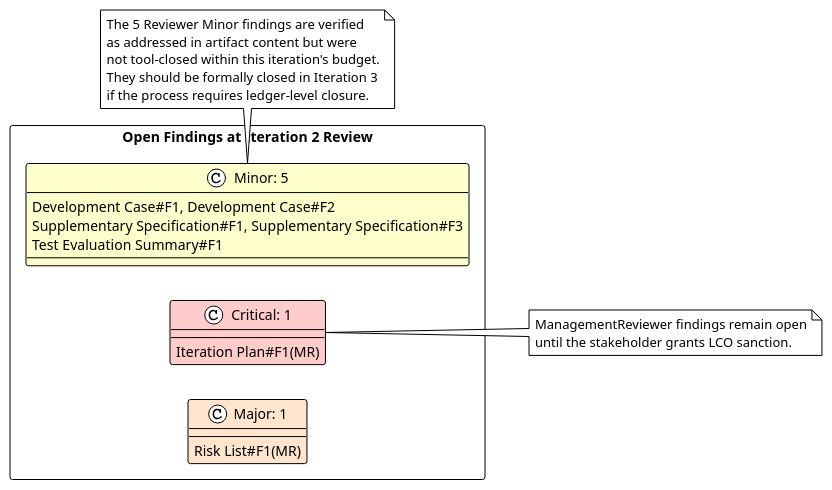
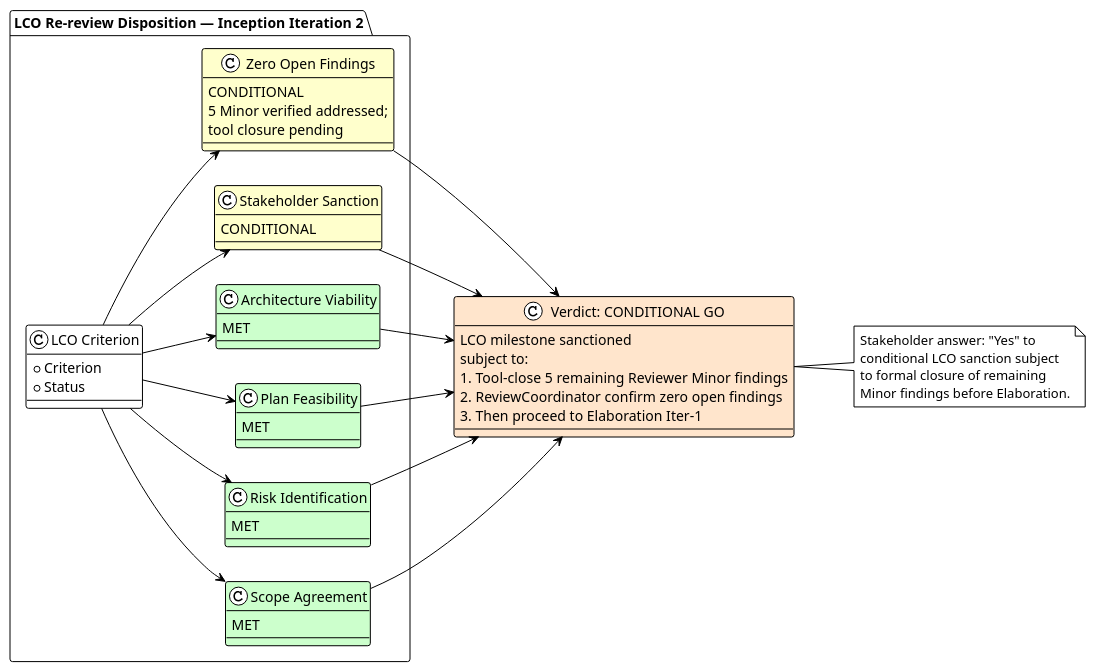
Before and after one commit to banense-test/portal: the fourth of 5 diagrams in docs/artifacts/project-management/review-record.md, drawn with PlantUML. The commit also changed other lines of this file, not shown here.

First line of the commit message:
Management Reviewer [I2]: upsert Review Record

````diff
--- a/docs/artifacts/project-management/review-record.md
+++ b/docs/artifacts/project-management/review-record.md
@@ -152,31 +234,62 @@
 ```plantuml
-@startuml Open_Findings_at_Iter2_Review
+@startuml LCO_Final_Disposition_Iter2
 !theme plain
 left to right direction
 
-rectangle "Open Findings at Iteration 2 Review" {
-  class "Critical: 1" as CRIT #FFCCCC
-  class "Major: 1" as MAJOR #FFE5CC
-  class "Minor: 5" as MINOR #FFFFCC
+package "LCO Re-review Disposition — Inception Iteration 2" {
+  class "LCO Criterion" as CRIT {
+    + Criterion
+    + Status
+  }
+  class "Scope Agreement" as SCOPE #CCFFCC {
+    MET
+  }
+  class "Risk Identification" as RISK #CCFFCC {
+    MET
+  }
+  class "Plan Feasibility" as PLAN #CCFFCC {
+    MET
+  }
+  class "Architecture Viability" as ARCH #CCFFCC {
+    MET
+  }
+  class "Stakeholder Sanction" as SANCTION #FFFFCC {
+    CONDITIONAL
+  }
+  class "Zero Open Findings" as FINDINGS #FFFFCC {
+    CONDITIONAL
+    5 Minor verified addressed;
+    tool closure pending
+  }
 }
 
-CRIT : Iteration Plan#F1(MR)
-MAJOR : Risk List#F1(MR)
-MINOR : Development Case#F1, Development Case#F2
-MINOR : Supplementary Specification#F1, Supplementary Specification#F3
-MINOR : Test Evaluation Summary#F1
+CRIT --> SCOPE
+CRIT --> RISK
+CRIT --> PLAN
+CRIT --> ARCH
+CRIT --> SANCTION
+CRIT --> FINDINGS
 
-note right of CRIT
-  ManagementReviewer findings remain open
-  until the stakeholder grants LCO sanction.
-end note
+class "Verdict: CONDITIONAL GO" as VERDICT #FFE5CC {
+  LCO milestone sanctioned
+  subject to:
+  1. Tool-close 5 remaining Reviewer Minor findings
+  2. ReviewCoordinator confirm zero open findings
+  3. Then proceed to Elaboration Iter-1
+}
 
-note bottom of MINOR
-  The 5 Reviewer Minor findings are verified
-  as addressed in artifact content but were
-  not tool-closed within this iteration's budget.
-  They should be formally closed in Iteration 3
-  if the process requires ledger-level closure.
+SCOPE --> VERDICT
+RISK --> VERDICT
+PLAN --> VERDICT
+ARCH --> VERDICT
+SANCTION --> VERDICT
+FINDINGS --> VERDICT
+
+note right of VERDICT
+  Stakeholder answer: "Yes" to
+  conditional LCO sanction subject
+  to formal closure of remaining
+  Minor findings before Elaboration.
 end note
 @enduml
 ```
````
